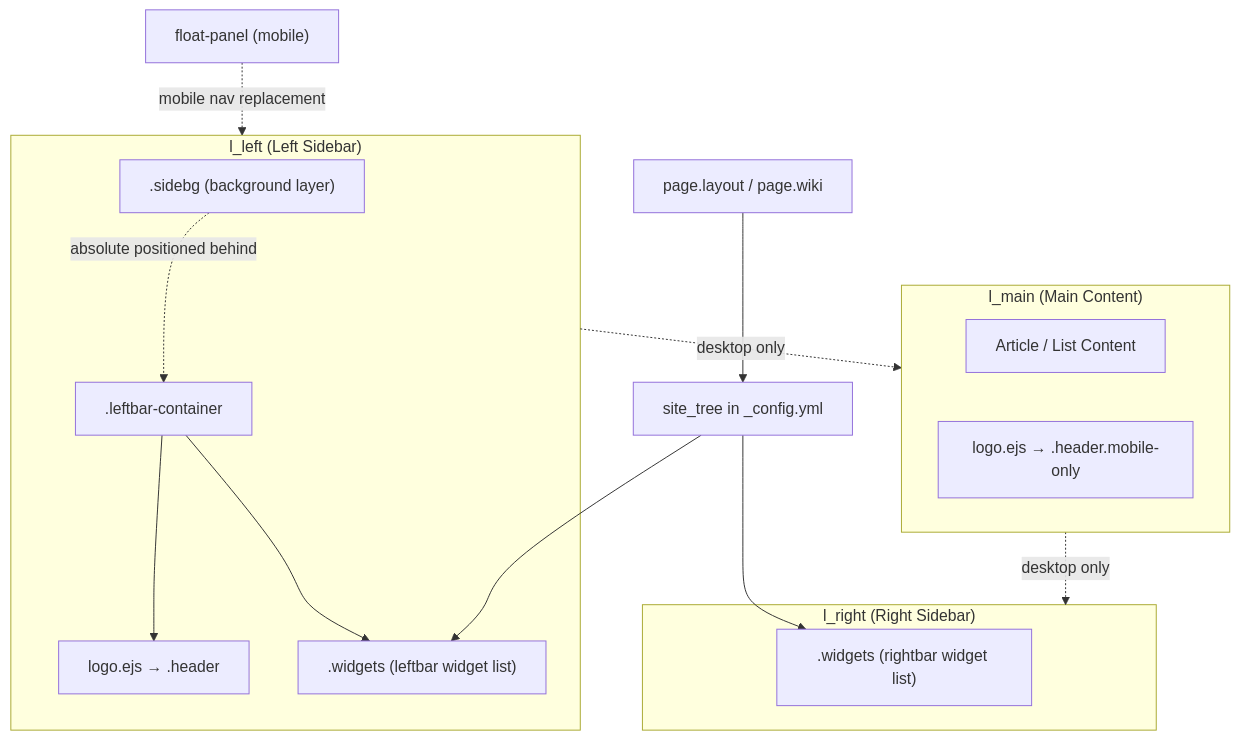
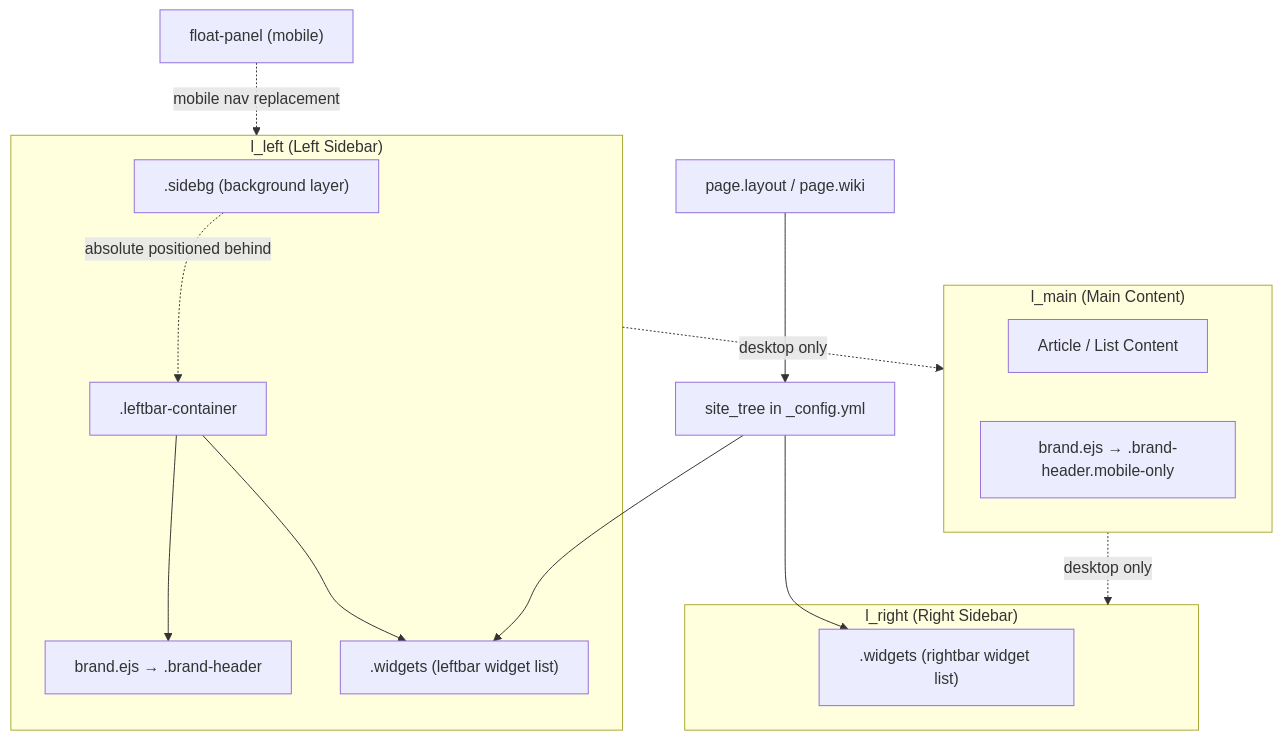
The first of 4 diagrams in docs/knowledge/02-布局系统/sidebar-system.md (xaoxuu/hexo-theme-stellar), drawn with Mermaid before and after one commit. The commit also changed other lines of this file and 119 other files, not shown here.

````diff
--- a/docs/knowledge/02-布局系统/sidebar-system.md
+++ b/docs/knowledge/02-布局系统/sidebar-system.md
@@ -41,29 +44,29 @@
 ```mermaid
 graph TB
     subgraph l_left["l_left (Left Sidebar)"]
         sidebg[".sidebg (background layer)"]
         leftbar_container[".leftbar-container"]
-        header_logo["logo.ejs → .header"]
+        header_brand["brand.ejs → .brand-header"]
         widgets_left[".widgets (leftbar widget list)"]
-        leftbar_container --> header_logo
+        leftbar_container --> header_brand
         leftbar_container --> widgets_left
     end
 
     subgraph l_main["l_main (Main Content)"]
         article_content["Article / List Content"]
-        mobile_header["logo.ejs → .header.mobile-only"]
+        mobile_brand["brand.ejs → .brand-header.mobile-only"]
     end
 
     subgraph l_right["l_right (Right Sidebar)"]
         widgets_right[".widgets (rightbar widget list)"]
     end
 
     site_tree["site_tree in _config.yml"] --> widgets_left
     site_tree --> widgets_right
     page_layout["page.layout / page.wiki"] --> site_tree
 
     sidebg -.->|"absolute positioned behind"| leftbar_container
     l_left -.->|"desktop only"| l_main
     l_main -.->|"desktop only"| l_right
     float_panel["float-panel (mobile)"] -.->|"mobile nav replacement"| l_left
 ```
````
